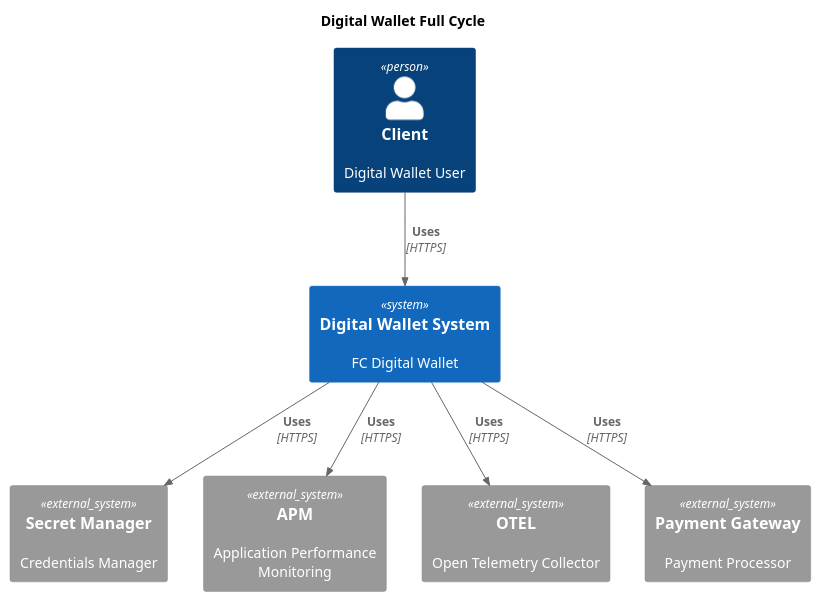
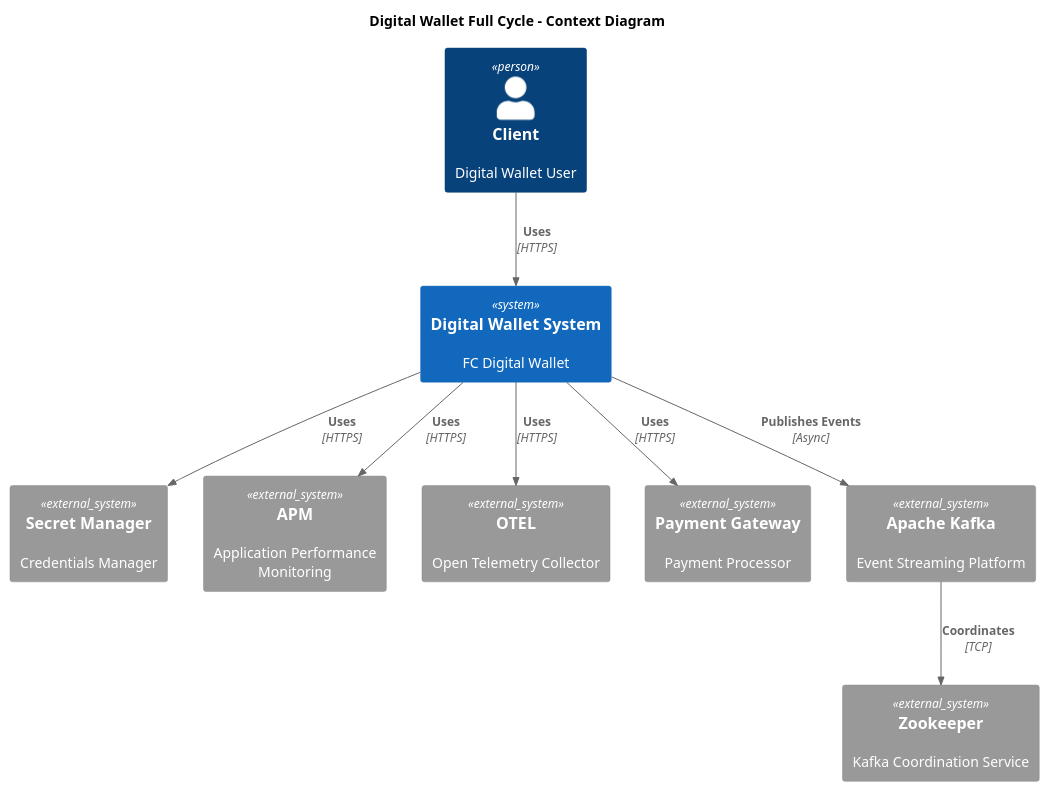
One commit to RianMarlon/fc-event-driven-architecture changed the diagram in context.puml. Above: the diagram before and after it, drawn with PlantUML. The commit also changed 44 other files, not shown here.

```diff
--- a/context.puml
+++ b/context.puml
@@ -1,19 +1,23 @@
 @startuml C4_Elements
 !include  https://raw.githubusercontent.com/plantuml-stdlib/C4-PlantUML/master/C4_Container.puml
 
-title "Digital Wallet Full Cycle"
+title "Digital Wallet Full Cycle - Context Diagram"
 Person(client, "Client", "Digital Wallet User")
 System(wallet, "Digital Wallet System", "FC Digital Wallet")
 
 System_Ext(secret_manager, "Secret Manager", "Credentials Manager")
 System_Ext(apm, "APM", "Application Performance Monitoring")
 System_Ext(collect, "OTEL", "Open Telemetry Collector")
 System_Ext(payment_gateway, "Payment Gateway", "Payment Processor")
+System_Ext(kafka, "Apache Kafka", "Event Streaming Platform")
+System_Ext(zookeeper, "Zookeeper", "Kafka Coordination Service")
 
 Rel(client, wallet, "Uses", "HTTPS")
 Rel(wallet, secret_manager, "Uses", "HTTPS")
 Rel(wallet, apm, "Uses", "HTTPS")
 Rel(wallet, collect, "Uses", "HTTPS")
 Rel(wallet, payment_gateway, "Uses", "HTTPS")
+Rel(wallet, kafka, "Publishes Events", "Async")
+Rel(kafka, zookeeper, "Coordinates", "TCP")
 
 @enduml
```
